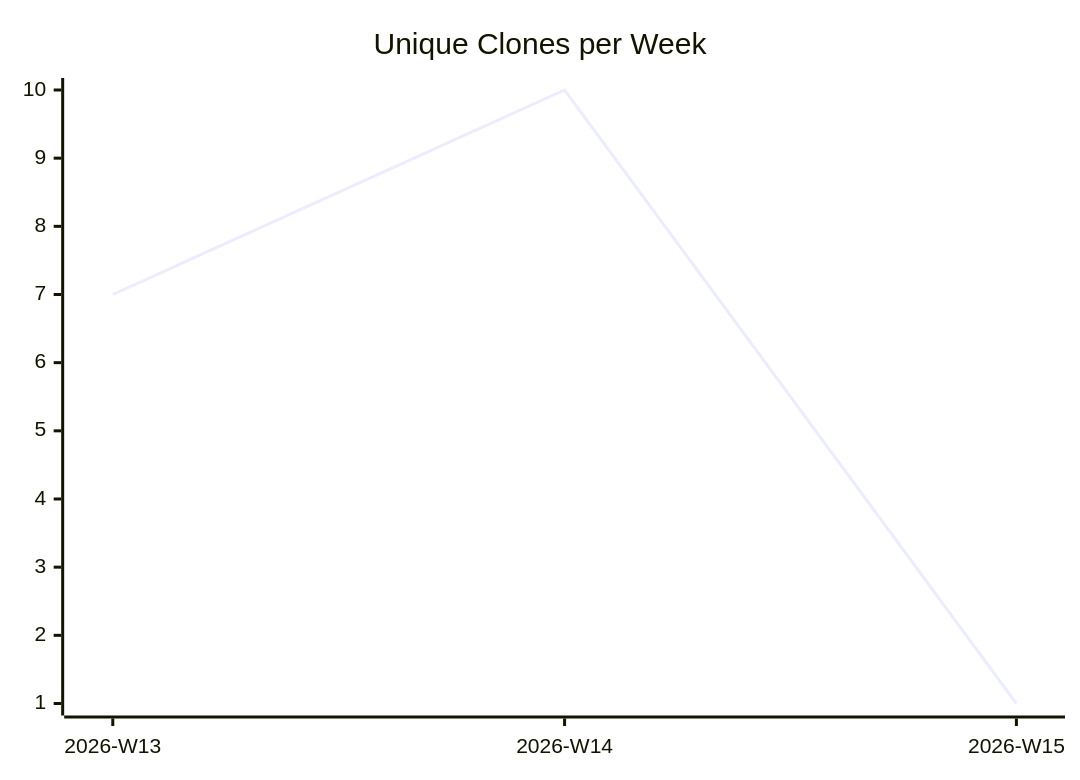
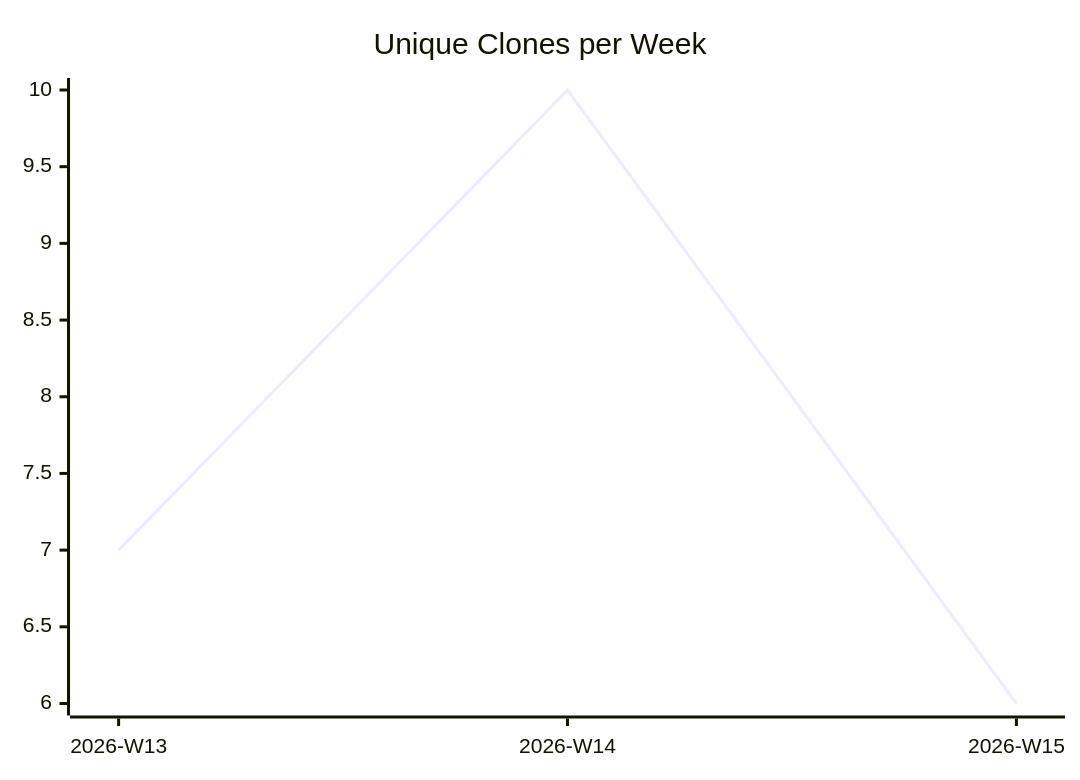
The third of 3 diagrams in karlmdavis/ksoap2-android/README.md (justdavis-family/github-analytics-data), drawn with Mermaid before and after one commit. The commit also changed other lines of this file and 190 other files, not shown here.

````diff
--- a/karlmdavis/ksoap2-android/README.md
+++ b/karlmdavis/ksoap2-android/README.md
@@ -19,6 +19,6 @@
 ```mermaid
 xychart-beta
   title "Unique Clones per Week"
   x-axis ["2026-W13", "2026-W14", "2026-W15"]
-  line [7, 10, 1]
+  line [7, 10, 6]
 ```
````
